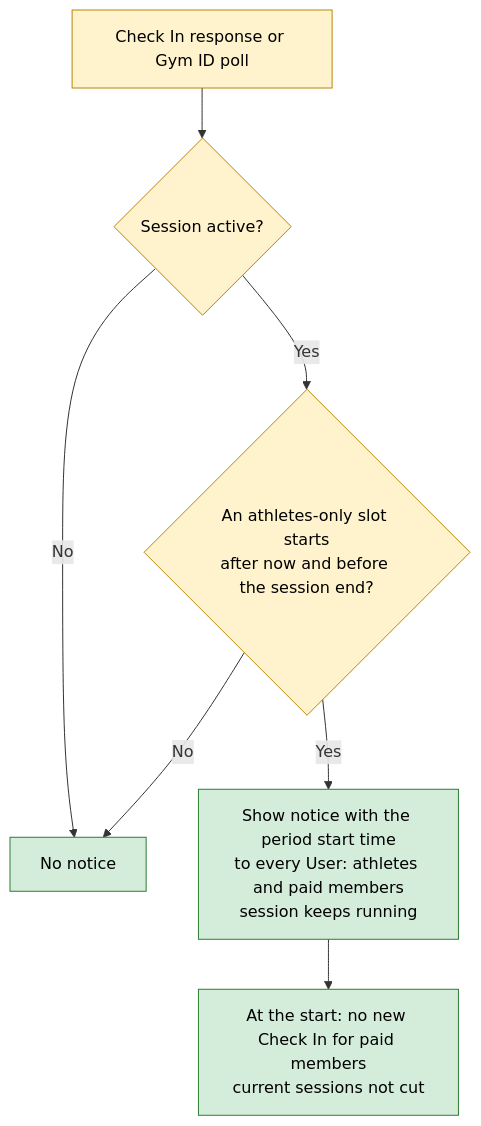
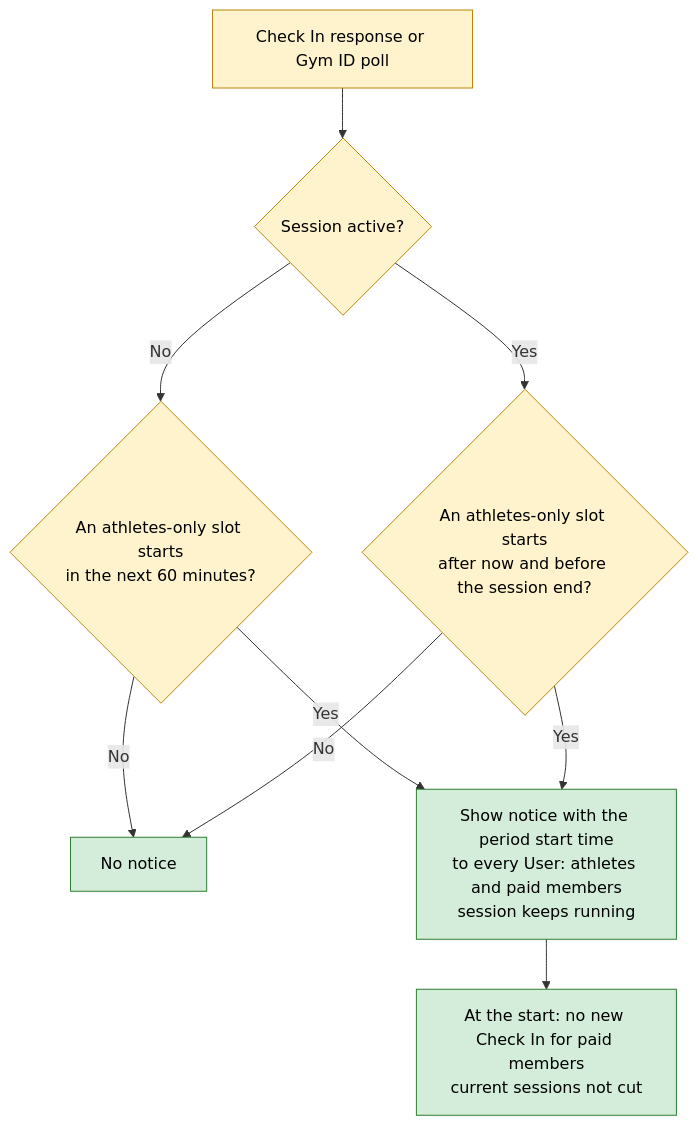
Before and after one commit to Th3-Minorities/natatorio-gym-app: the eighth of 12 diagrams in docs/design/check-in-flows.md, drawn with Mermaid. The commit also changed other lines of this file and 41 other files, not shown here.

Commit message:
Add Check In with location: the server repeats every check and the database allows one active session per User, so Users can register their entry from the phone and see the athletes-only notice an hour ahead (E-161)

````diff
--- a/docs/design/check-in-flows.md
+++ b/docs/design/check-in-flows.md
@@ -273,14 +273,16 @@
 ```mermaid
 flowchart TD
   A["Check In response or Gym ID poll"] --> B{"Session active?"}
-  B -- "No" --> Z["No notice"]
+  B -- "No" --> P{"An athletes-only slot starts<br/>in the next 60 minutes?"}
+  P -- "No" --> Z["No notice"]
+  P -- "Yes" --> N
   B -- "Yes" --> C{"An athletes-only slot starts<br/>after now and before the session end?"}
   C -- "No" --> Z
   C -- "Yes" --> N["Show notice with the period start time<br/>to every User: athletes and paid members<br/>session keeps running"]
   N --> E["At the start: no new Check In for paid members<br/>current sessions not cut"]
 
   classDef back fill:#fff3cd,stroke:#b8860b,color:#000
   classDef ok fill:#d4edda,stroke:#2e7d32,color:#000
-  class A,B,C back
+  class A,B,C,P back
   class N,E,Z ok
 ```
````
